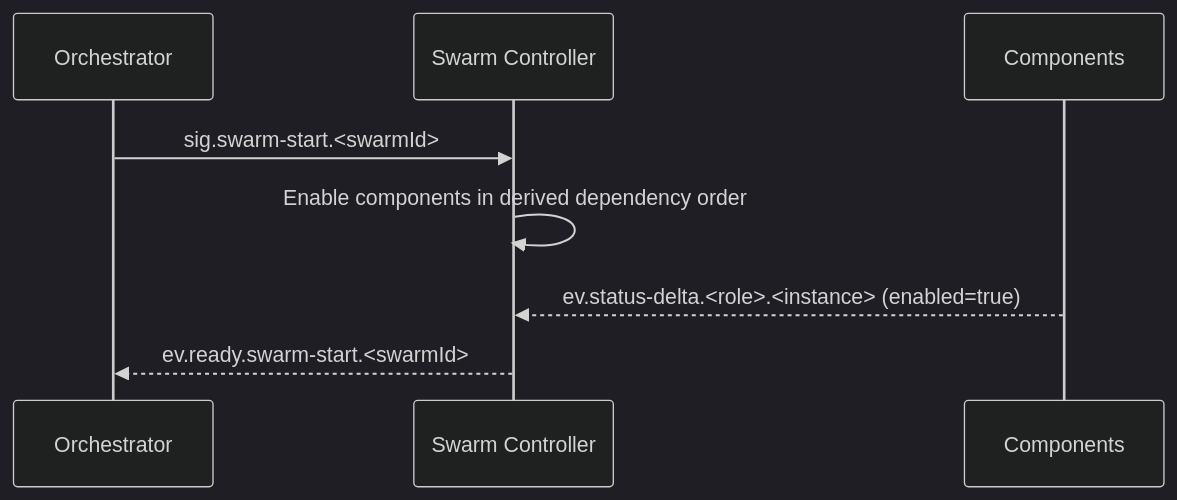
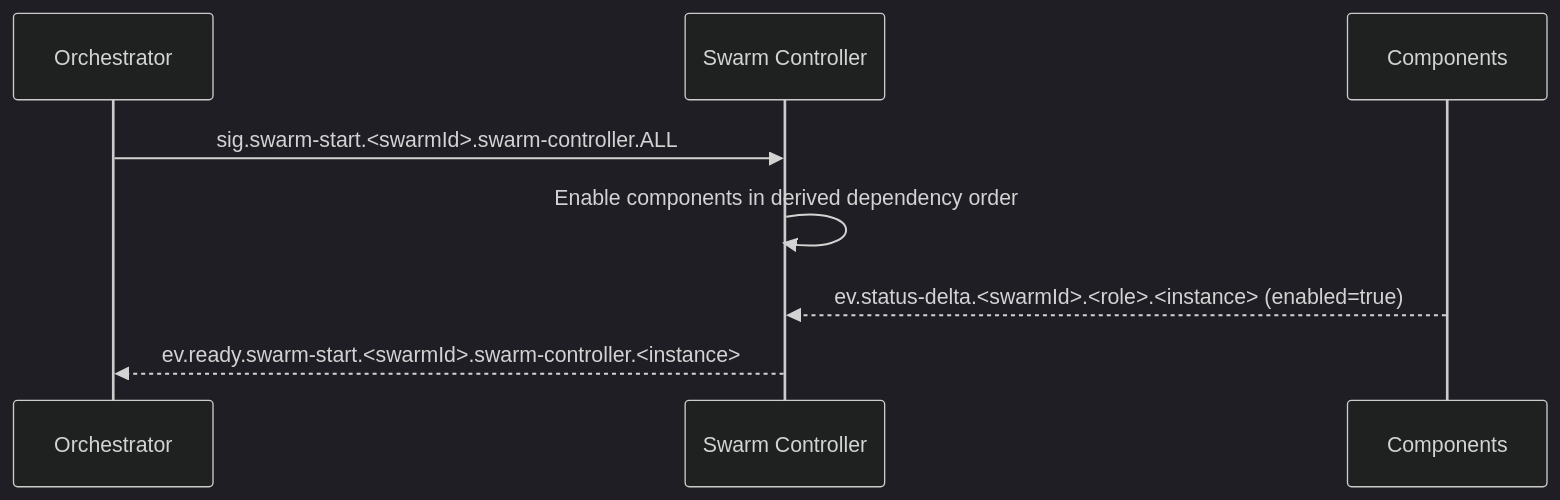
The second of 8 diagrams in docs/ARCHITECTURE.md (sepa79/PocketHive), drawn with Mermaid (dark theme) before and after one commit. The commit also changed other lines of this file and 7 other files, not shown here.

````diff
--- a/docs/ARCHITECTURE.md
+++ b/docs/ARCHITECTURE.md
@@ -164,11 +173,11 @@
 ```mermaid
 sequenceDiagram
   participant QN as Orchestrator
   participant MSH as Swarm Controller
   participant CMP as Components
 
-  QN->>MSH: sig.swarm-start.<swarmId>
+  QN->>MSH: sig.swarm-start.<swarmId>.swarm-controller.ALL
   MSH->>MSH: Enable components in derived dependency order
-  CMP-->>MSH: ev.status-delta.<role>.<instance> (enabled=true)
-  MSH-->>QN: ev.ready.swarm-start.<swarmId>
+  CMP-->>MSH: ev.status-delta.<swarmId>.<role>.<instance> (enabled=true)
+  MSH-->>QN: ev.ready.swarm-start.<swarmId>.swarm-controller.<instance>
 ```
````
